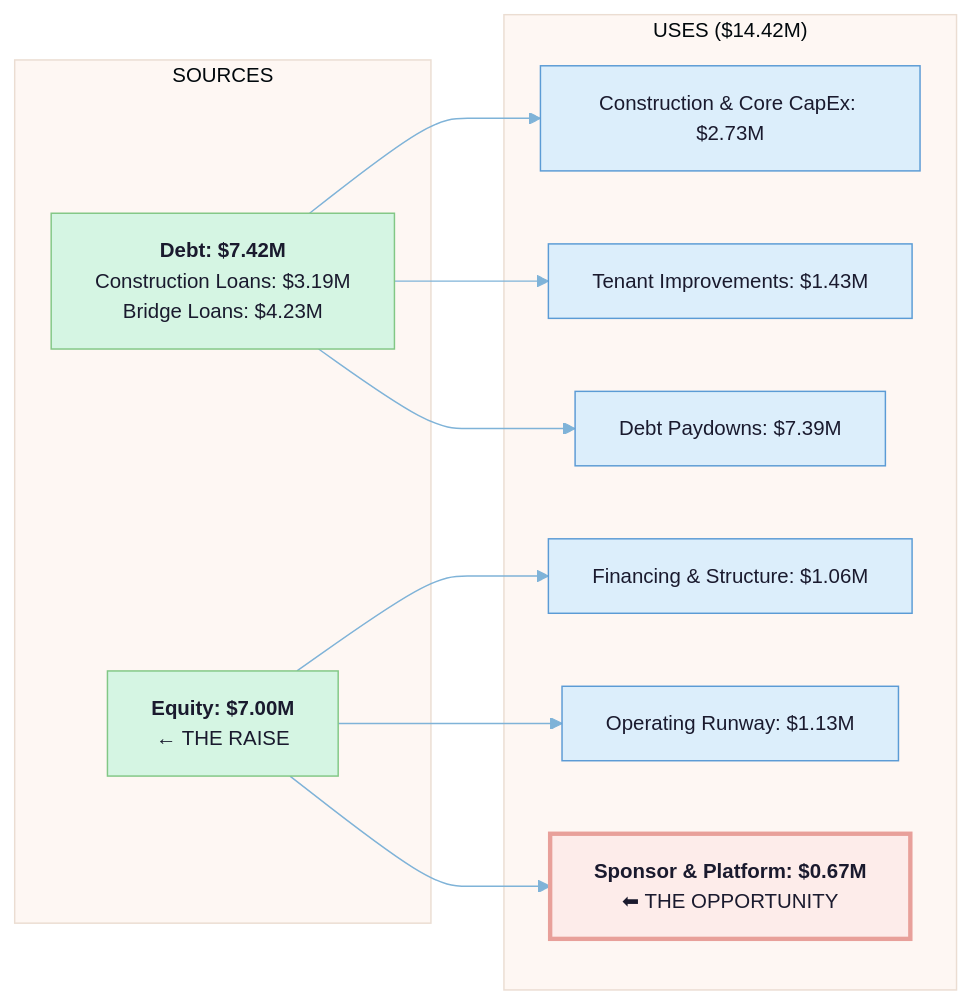
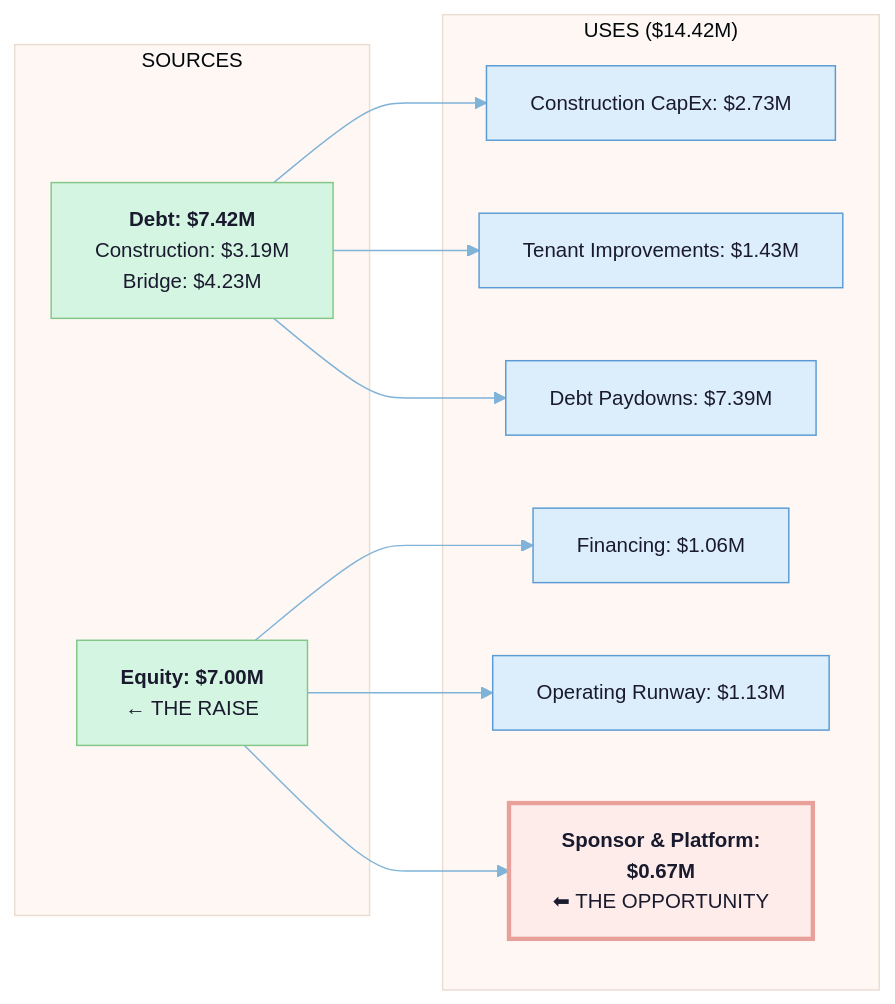
Diagram 29 of 30 in legal-vault/proposals/cho-ventures-master-project-plan-2026-02-25.md (Light-Brands/qie), drawn with Mermaid before and after one commit. The commit also changed other lines of this file, not shown here.

First line of the commit message:
Fix Mermaid diagram text overflow: break long node labels into shorter lines

````diff
--- a/legal-vault/proposals/cho-ventures-master-project-plan-2026-02-25.md
+++ b/legal-vault/proposals/cho-ventures-master-project-plan-2026-02-25.md
@@ -2738,28 +2738,28 @@
 ```mermaid
 %%{init: {'theme': 'base', 'themeVariables': {'primaryColor': '#DCEEFB', 'primaryTextColor': '#1a1a2e', 'lineColor': '#7FB3D8', 'fontSize': '14px'}}}%%
 flowchart LR
     classDef source fill:#D5F5E3,stroke:#82C785,color:#1a1a2e
     classDef use fill:#DCEEFB,stroke:#5B9BD5,color:#1a1a2e
     classDef highlight fill:#FDECEA,stroke:#E8A09A,color:#1a1a2e,stroke-width:3px
 
     subgraph SOURCES["SOURCES"]
-        DEBT["<b>Debt: $7.42M</b><br/>Construction Loans: $3.19M<br/>Bridge Loans: $4.23M"]:::source
+        DEBT["<b>Debt: $7.42M</b><br/>Construction: $3.19M<br/>Bridge: $4.23M"]:::source
         EQUITY["<b>Equity: $7.00M</b><br/>← THE RAISE"]:::source
     end
 
     subgraph USES["USES ($14.42M)"]
-        CAPEX["Construction & Core CapEx: $2.73M"]:::use
+        CAPEX["Construction CapEx: $2.73M"]:::use
         TI["Tenant Improvements: $1.43M"]:::use
-        FIN["Financing & Structure: $1.06M"]:::use
+        FIN["Financing: $1.06M"]:::use
         PAYDOWN["Debt Paydowns: $7.39M"]:::use
         OPS["Operating Runway: $1.13M"]:::use
-        PLATFORM["<b>Sponsor & Platform: $0.67M</b><br/>⬅ THE OPPORTUNITY"]:::highlight
+        PLATFORM["<b>Sponsor & Platform:</b><br/><b>$0.67M</b><br/>⬅ THE OPPORTUNITY"]:::highlight
     end
 
     DEBT --> CAPEX
     DEBT --> TI
     DEBT --> PAYDOWN
     EQUITY --> FIN
     EQUITY --> OPS
     EQUITY --> PLATFORM
 ```
````
